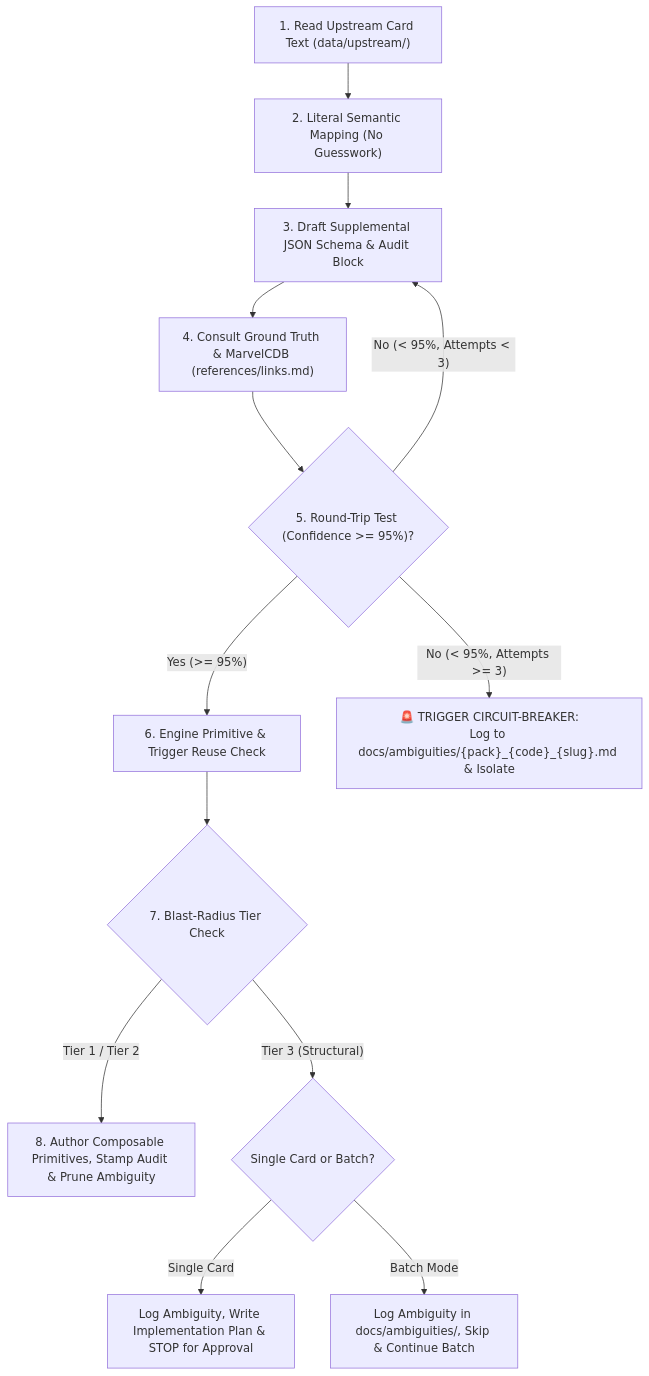
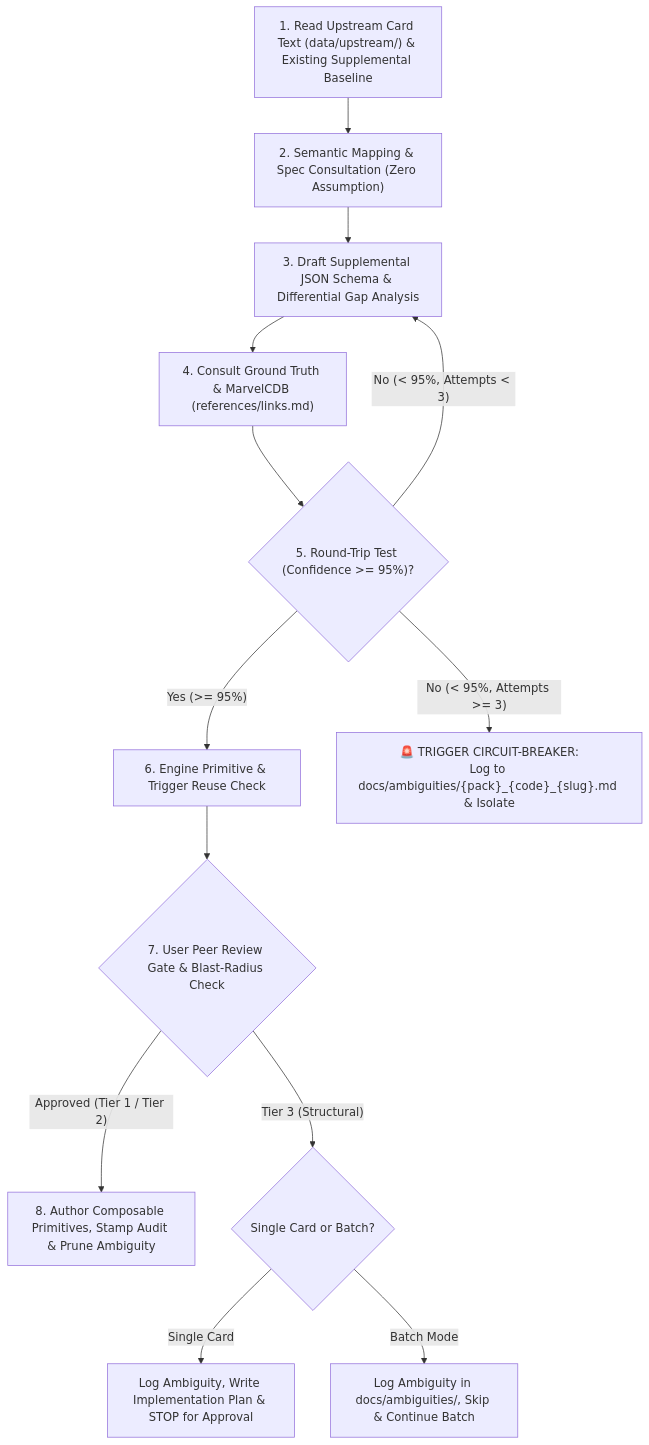
Before and after one commit to SteveRodrigue/MCD: the diagram in .agents/skills/card-integration-protocol/SKILL.md, drawn with Mermaid. The commit also changed other lines of this file and 12 other files, not shown here.

````diff
--- a/.agents/skills/card-integration-protocol/SKILL.md
+++ b/.agents/skills/card-integration-protocol/SKILL.md
@@ -36,16 +46,16 @@
 ```mermaid
 flowchart TD
-    S1["1. Read Upstream Card Text (data/upstream/)"] --> S2["2. Literal Semantic Mapping (No Guesswork)"]
-    S2 --> S3["3. Draft Supplemental JSON Schema & Audit Block"]
+    S1["1. Read Upstream Card Text (data/upstream/) & Existing Supplemental Baseline"] --> S2["2. Semantic Mapping & Spec Consultation (Zero Assumption)"]
+    S2 --> S3["3. Draft Supplemental JSON Schema & Differential Gap Analysis"]
     S3 --> S4["4. Consult Ground Truth & MarvelCDB (references/links.md)"]
     S4 --> S5{"5. Round-Trip Test (Confidence >= 95%)?"}
     S5 -- "Yes (>= 95%)" --> S6["6. Engine Primitive & Trigger Reuse Check"]
     S5 -- "No (< 95%, Attempts < 3)" --> S3
     S5 -- "No (< 95%, Attempts >= 3)" --> CB["🚨 TRIGGER CIRCUIT-BREAKER:
 Log to docs/ambiguities/{pack}_{code}_{slug}.md & Isolate"]
-    S6 --> S7{"7. Blast-Radius Tier Check"}
-    S7 -- "Tier 1 / Tier 2" --> S8["8. Author Composable Primitives, Stamp Audit & Prune Ambiguity"]
+    S6 --> S7{"7. User Peer Review Gate & Blast-Radius Check"}
+    S7 -- "Approved (Tier 1 / Tier 2)" --> S8["8. Author Composable Primitives, Stamp Audit & Prune Ambiguity"]
     S7 -- "Tier 3 (Structural)" --> T3{"Single Card or Batch?"}
     T3 -- "Single Card" --> T3S["Log Ambiguity, Write Implementation Plan & STOP for Approval"]
     T3 -- "Batch Mode" --> T3B["Log Ambiguity in docs/ambiguities/, Skip & Continue Batch"]
 ```
````
